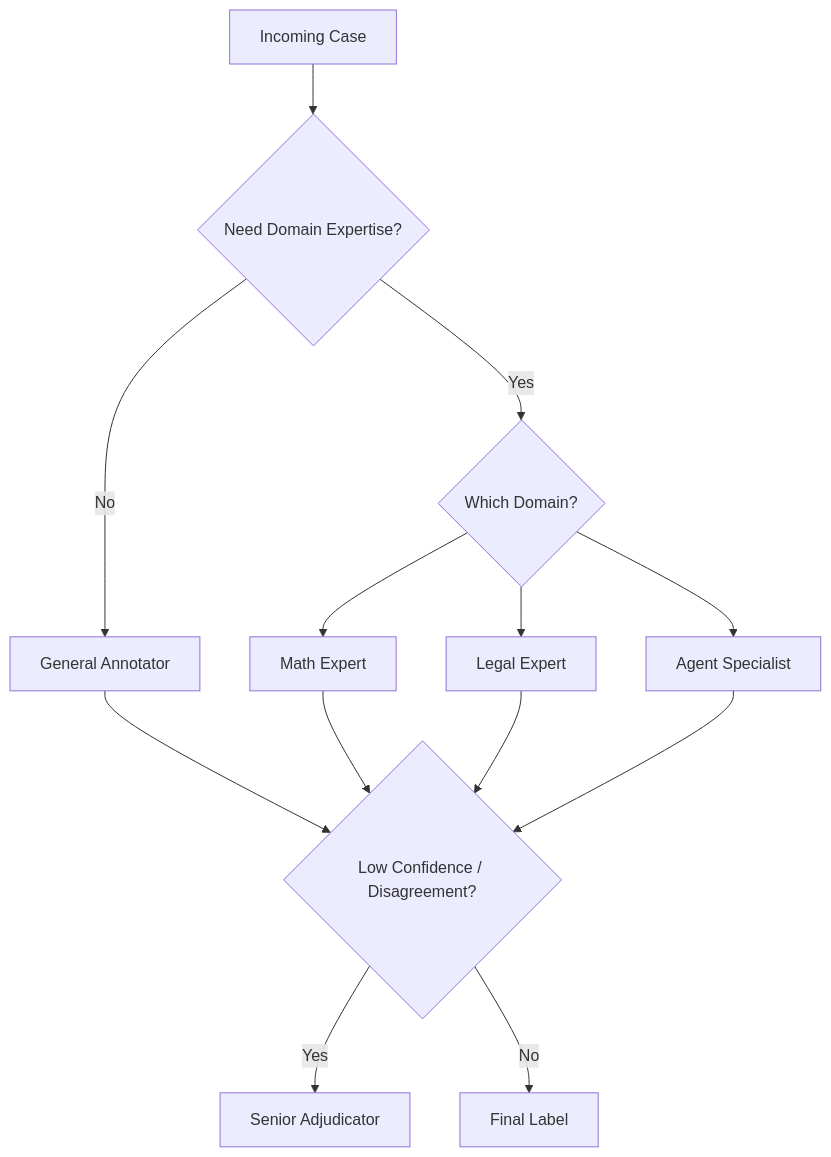
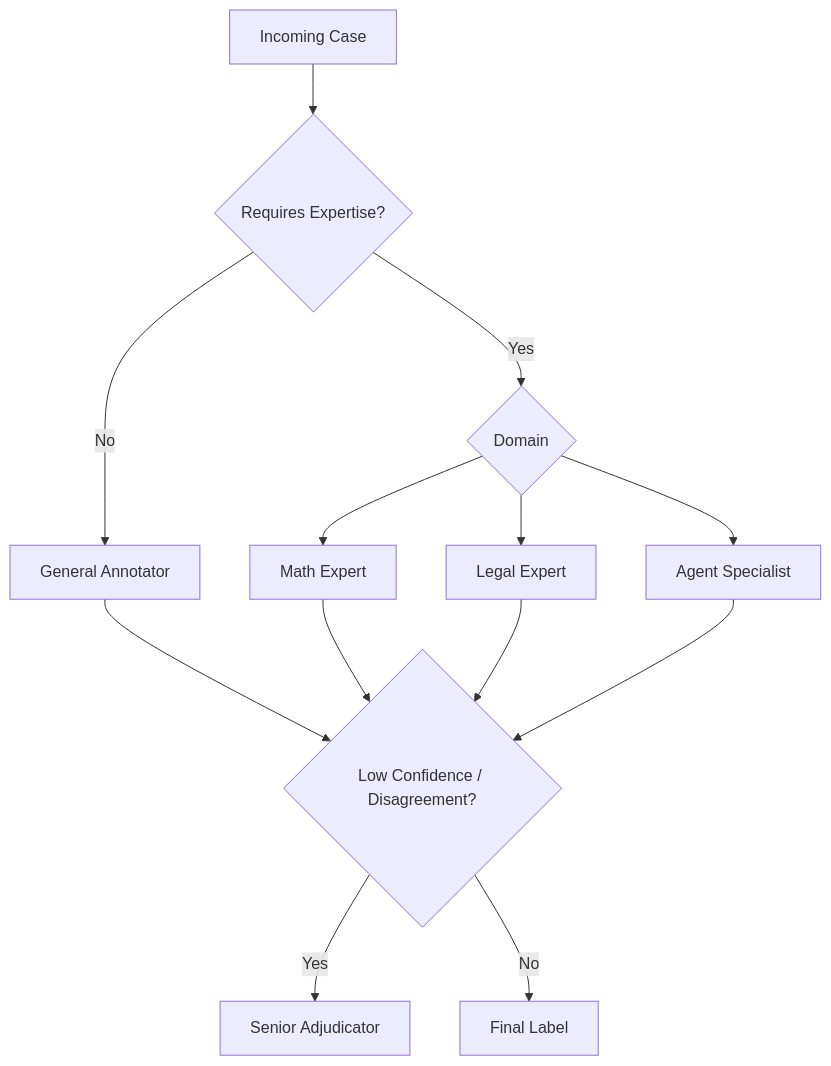
One commit to JiangHui0203/Homework changed the third of 3 diagrams in LLM_Agent_Data/06_Human_Data_Annotation_and_Quality_Control.md. Above: the diagram before and after it, drawn with Mermaid. The commit also changed other lines of this file, not shown here.

````diff
--- a/LLM_Agent_Data/06_Human_Data_Annotation_and_Quality_Control.md
+++ b/LLM_Agent_Data/06_Human_Data_Annotation_and_Quality_Control.md
@@ -1183,15 +753,15 @@
 ```mermaid
 flowchart TD
-    A[Incoming Case] --> B{Need Domain Expertise?}
+    A[Incoming Case] --> B{Requires Expertise?}
     B -->|No| C[General Annotator]
-    B -->|Yes| D{Which Domain?}
+    B -->|Yes| D{Domain}
     D --> E[Math Expert]
     D --> F[Legal Expert]
     D --> G[Agent Specialist]
     C --> H{Low Confidence / Disagreement?}
     E --> H
     F --> H
     G --> H
     H -->|Yes| I[Senior Adjudicator]
     H -->|No| J[Final Label]
 ```
````
